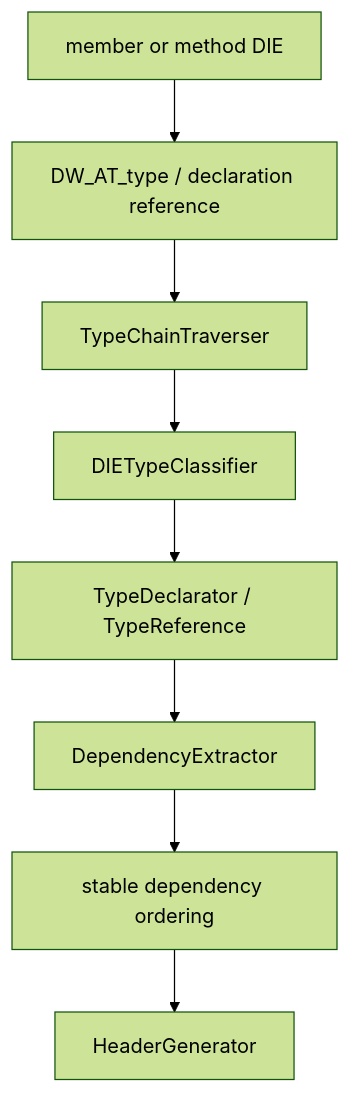
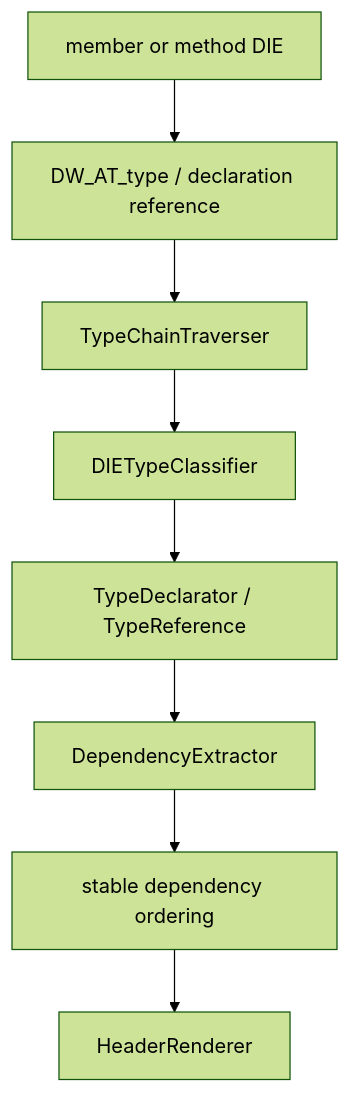
The diagram in docs/explanation/dwarf/type-resolution.md (ddon-research/ddon-dwarf-reconstructor), drawn with Mermaid (forest theme) before and after one commit. The commit also changed 135 other files, not shown here.

````diff
--- a/docs/explanation/dwarf/type-resolution.md
+++ b/docs/explanation/dwarf/type-resolution.md
@@ -8,10 +8,10 @@
 ```mermaid
 flowchart TD
     member["member or method DIE"] --> ref["DW_AT_type / declaration reference"]
     ref --> chain["TypeChainTraverser"]
     chain --> classify["DIETypeClassifier"]
     classify --> declarator["TypeDeclarator / TypeReference"]
     declarator --> dependency["DependencyExtractor"]
     dependency --> order["stable dependency ordering"]
-    order --> render["HeaderGenerator"]
+    order --> render["HeaderRenderer"]
 ```
````
